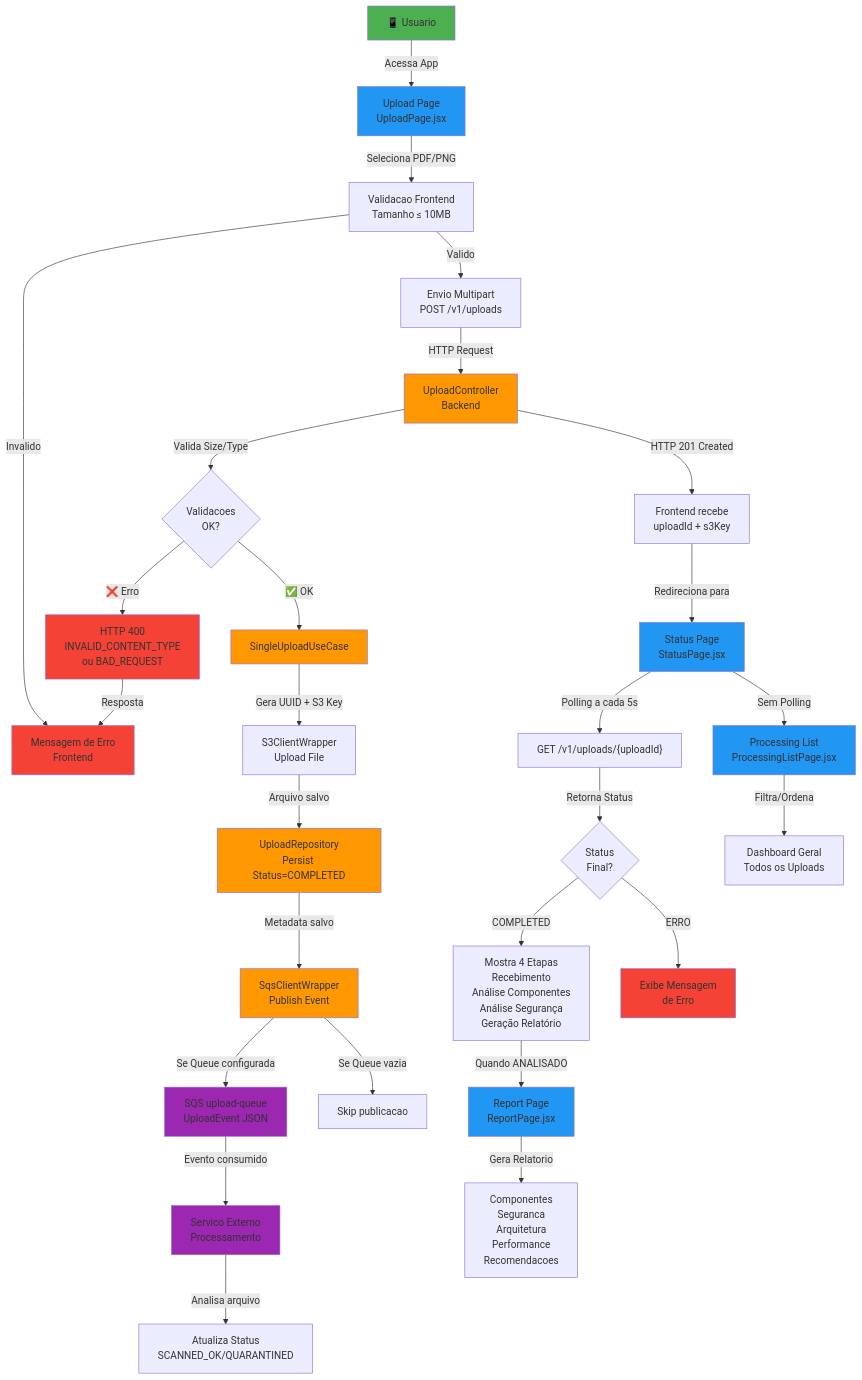
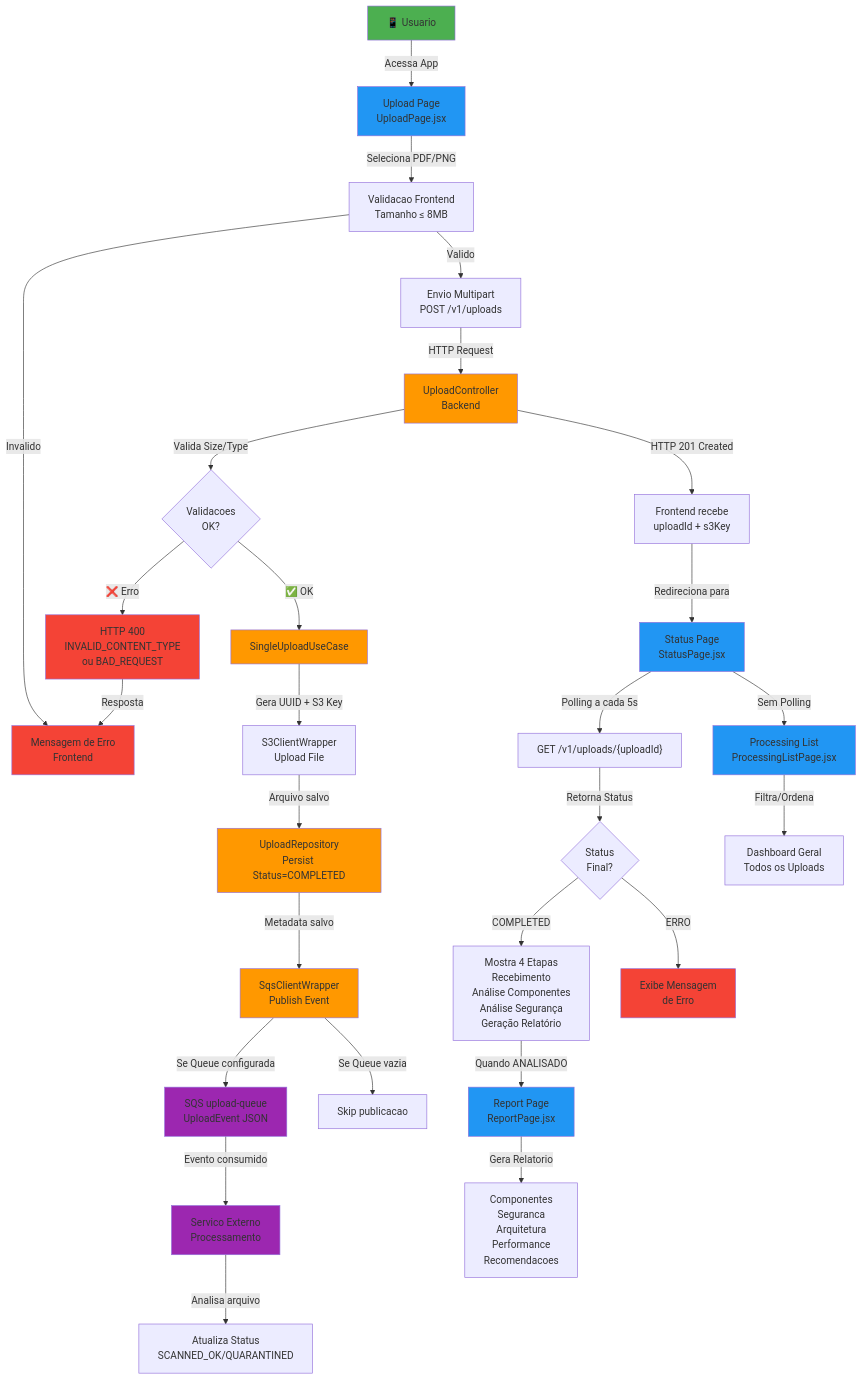
One commit to architecture-ai-analyzer/upload-service changed the first of 3 diagrams in docs/BDD-FLOW.md. Above: the diagram before and after it, drawn with Mermaid. The commit also changed other lines of this file and 12 other files, not shown here.

````diff
--- a/docs/BDD-FLOW.md
+++ b/docs/BDD-FLOW.md
@@ -264,54 +264,54 @@
 ```mermaid
 graph TD
     A["📱 Usuario"] -->|Acessa App| B["Upload Page<br>UploadPage.jsx"]
-    B -->|Seleciona PDF/PNG| C["Validacao Frontend<br>Tamanho ≤ 10MB"]
+    B -->|Seleciona PDF/PNG| C["Validacao Frontend<br>Tamanho ≤ 8MB"]
     C -->|Valido| D["Envio Multipart<br>POST /v1/uploads"]
     C -->|Invalido| E["Mensagem de Erro<br>Frontend"]
 
     D -->|HTTP Request| F["UploadController<br>Backend"]
     F -->|Valida Size/Type| G{Validacoes<br>OK?}
 
     G -->|❌ Erro| H["HTTP 400<br>INVALID_CONTENT_TYPE<br>ou BAD_REQUEST"]
     H -->|Resposta| E
 
     G -->|✅ OK| I["SingleUploadUseCase"]
     I -->|Gera UUID + S3 Key| J["S3ClientWrapper<br>Upload File"]
     J -->|Arquivo salvo| K["UploadRepository<br>Persist Status=COMPLETED"]
     K -->|Metadata salvo| L["SqsClientWrapper<br>Publish Event"]
 
     L -->|Se Queue configurada| M["SQS upload-queue<br>UploadEvent JSON"]
     L -->|Se Queue vazia| N["Skip publicacao"]
 
     M -->|Evento consumido| O["Servico Externo<br>Processamento"]
     O -->|Analisa arquivo| P["Atualiza Status<br>SCANNED_OK/QUARANTINED"]
 
     F -->|HTTP 201 Created| Q["Frontend recebe<br>uploadId + s3Key"]
     Q -->|Redireciona para| R["Status Page<br>StatusPage.jsx"]
 
     R -->|Polling a cada 5s| S["GET /v1/uploads/{uploadId}"]
     S -->|Retorna Status| T{Status<br>Final?}
 
     T -->|COMPLETED| U["Mostra 4 Etapas<br>Recebimento<br>Análise Componentes<br>Análise Segurança<br>Geração Relatório"]
     T -->|ERRO| V["Exibe Mensagem<br>de Erro"]
 
     U -->|Quando ANALISADO| W["Report Page<br>ReportPage.jsx"]
     W -->|Gera Relatorio| X["Componentes<br>Seguranca<br>Arquitetura<br>Performance<br>Recomendacoes"]
 
     R -->|Sem Polling| Y["Processing List<br>ProcessingListPage.jsx"]
     Y -->|Filtra/Ordena| Z["Dashboard Geral<br>Todos os Uploads"]
 
     style A fill:#4CAF50
     style B fill:#2196F3
     style R fill:#2196F3
     style W fill:#2196F3
     style Y fill:#2196F3
     style F fill:#FF9800
     style I fill:#FF9800
     style K fill:#FF9800
     style L fill:#FF9800
     style M fill:#9C27B0
     style O fill:#9C27B0
     style H fill:#f44336
     style E fill:#f44336
     style V fill:#f44336
 ```
````
